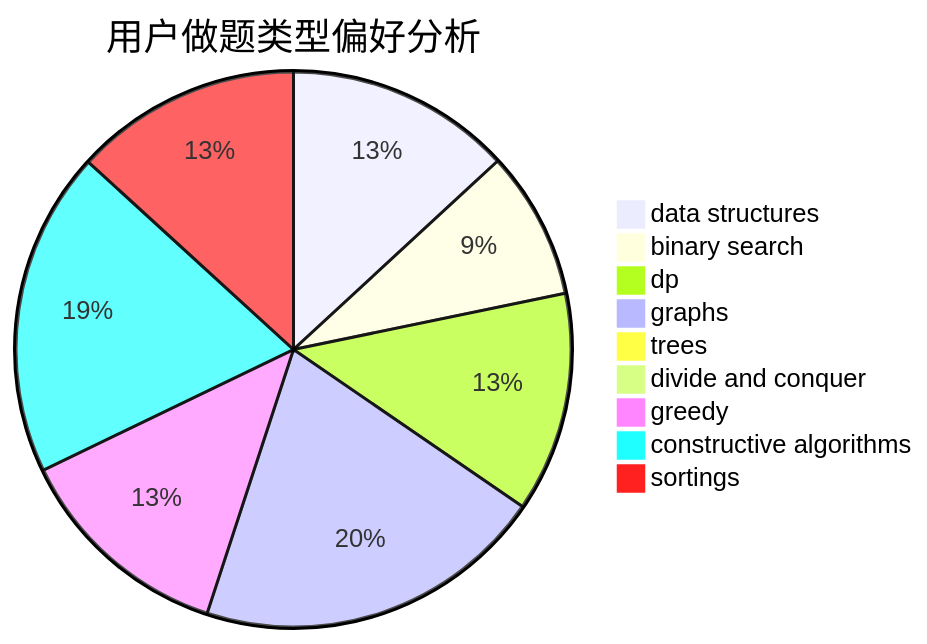
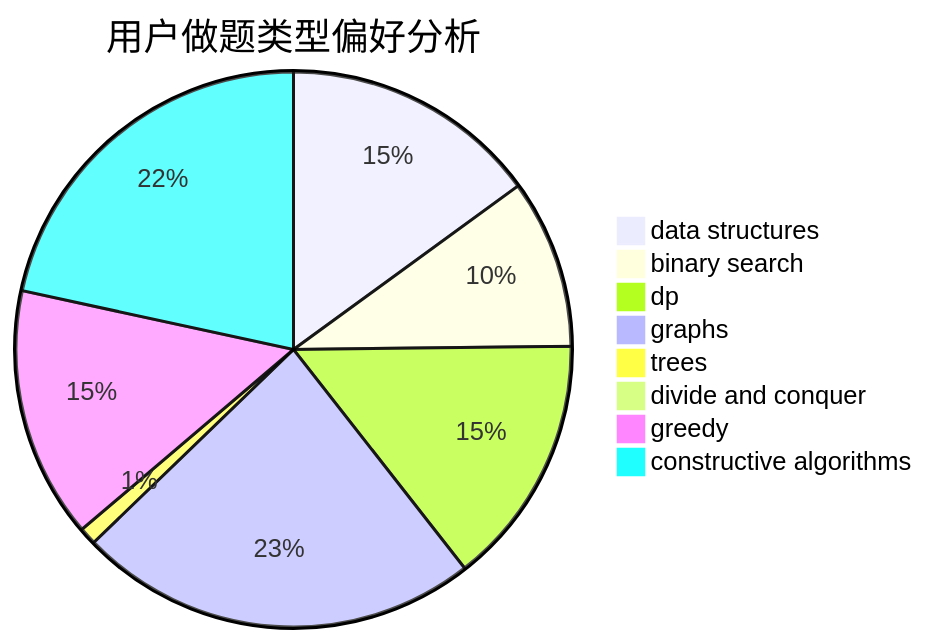
The second of 3 diagrams in docs/user/u1598.md (sherpahu/cfrs.github.io), drawn with Mermaid before and after one commit. The commit also changed other lines of this file and 2769 other files, not shown here.

````diff
--- a/docs/user/u1598.md
+++ b/docs/user/u1598.md
@@ -18,12 +18,11 @@
 ```mermaid
 pie title 用户做题类型偏好分析
     "data structures" :  163
     "binary search" :  107
     "dp" :  159
     "graphs" :  254
     "trees" :  11
     "divide and conquer" :  3
     "greedy" :  159
     "constructive algorithms" :  235
-    "sortings" :  164
 ```
````
